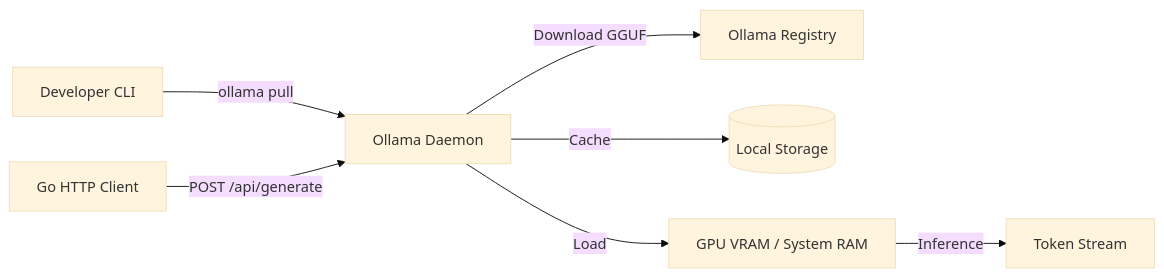
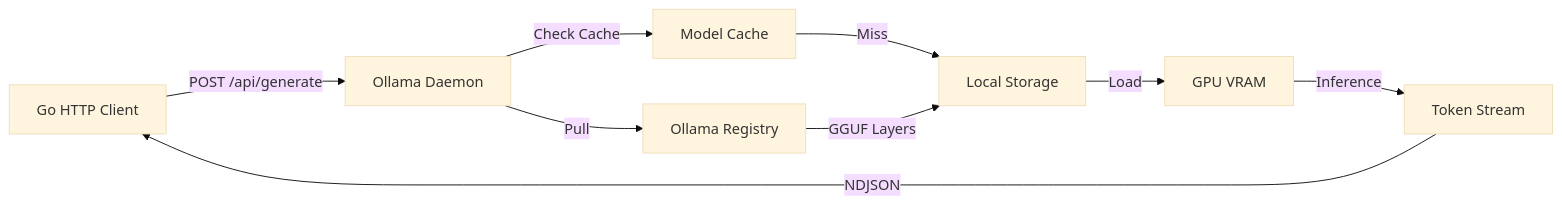
The first of 3 diagrams in Software Engineering/02 - Go Engineering/05 - Local AI with Go/01 - Running LLMs Locally with Ollama.md (Leito2/Learning), drawn with Mermaid (base theme) before and after one commit. The commit also changed other lines of this file and 41 other files, not shown here.

````diff
--- a/Software Engineering/02 - Go Engineering/05 - Local AI with Go/01 - Running LLMs Locally with Ollama.md
+++ b/Software Engineering/02 - Go Engineering/05 - Local AI with Go/01 - Running LLMs Locally with Ollama.md
@@ -75,9 +148,11 @@
 ```mermaid
 graph LR
-    A[Developer CLI] -->|ollama pull| B[Ollama Daemon]
-    B -->|Download GGUF| C[Ollama Registry]
-    B -->|Cache| D[(Local Storage)]
-    E[Go HTTP Client] -->|POST /api/generate| B
-    B -->|Load| F[GPU VRAM / System RAM]
-    F -->|Inference| G[Token Stream]
+    A[Go HTTP Client] -->|POST /api/generate| B[Ollama Daemon]
+    B -->|Check Cache| C[Model Cache]
+    C -->|Miss| D[Local Storage]
+    D -->|Load| E[GPU VRAM]
+    E -->|Inference| F[Token Stream]
+    F -->|NDJSON| A
+    B -->|Pull| G[Ollama Registry]
+    G -->|GGUF Layers| D
 ```
````
